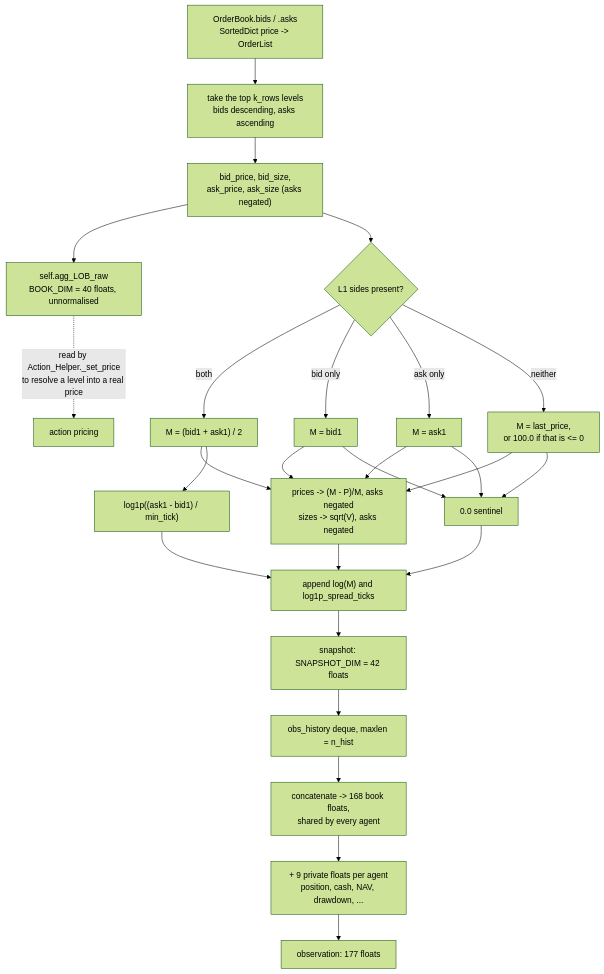
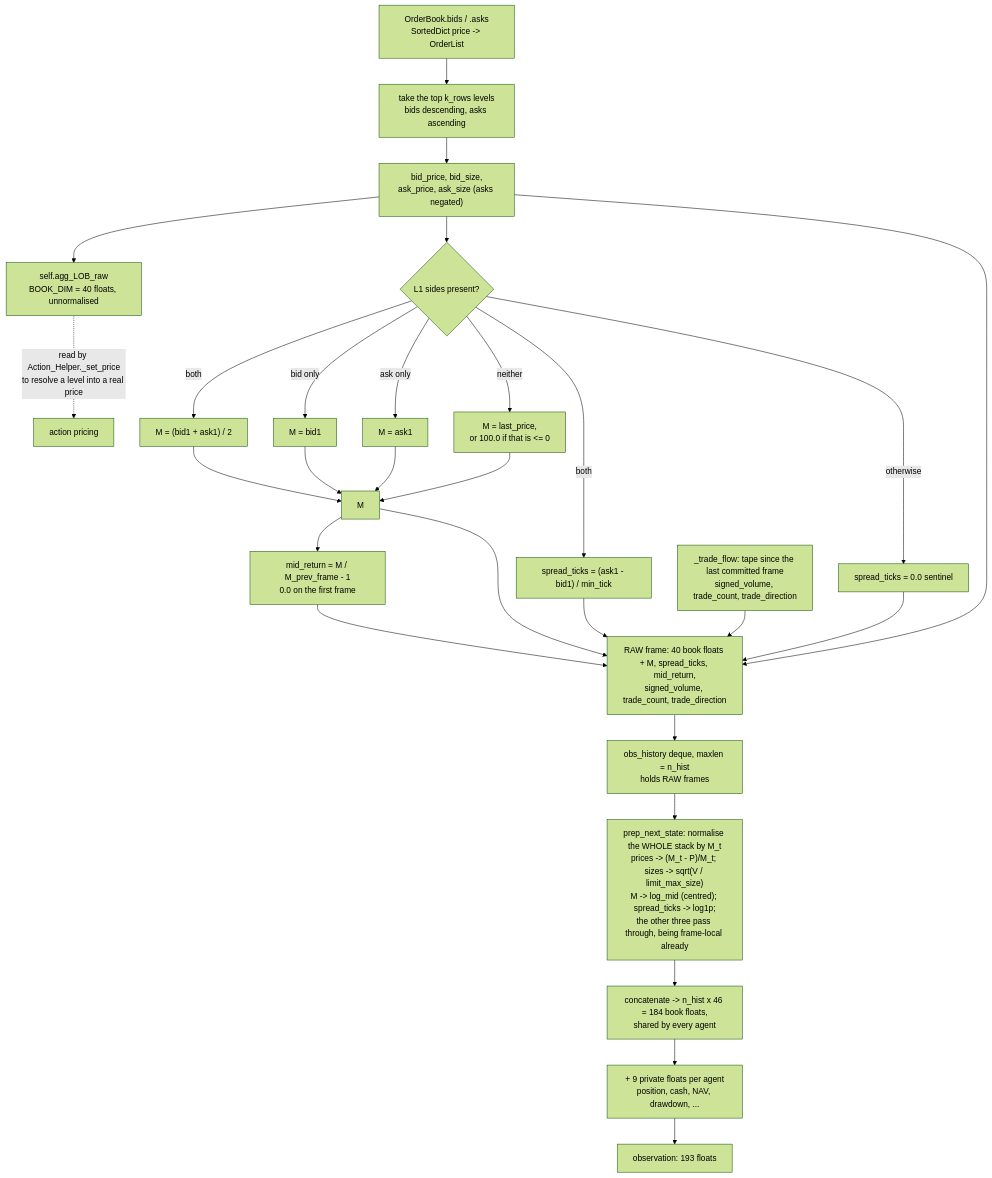
Before and after one commit to ChuaCheowHuan/gym-continuousDoubleAuction: the first of 2 diagrams in doc/05_observation_space.md, drawn with Mermaid (forest theme). The commit also changed other lines of this file and 23 other files, not shown here.

````diff
--- a/doc/05_observation_space.md
+++ b/doc/05_observation_space.md
@@ -101,30 +109,37 @@
 ```mermaid
 flowchart TD
     LOB["OrderBook.bids / .asks<br/>SortedDict price -> OrderList"] --> TOP["take the top k_rows levels<br/>bids descending, asks ascending"]
     TOP --> RAW["bid_price, bid_size,<br/>ask_price, ask_size (asks negated)"]
     RAW --> KEEP["self.agg_LOB_raw<br/>BOOK_DIM = 40 floats, unnormalised"]
     KEEP -.->|"read by Action_Helper._set_price<br/>to resolve a level into a real price"| ACT["action pricing"]
 
     RAW --> M{"L1 sides present?"}
     M -->|"both"| M1["M = (bid1 + ask1) / 2"]
     M -->|"bid only"| M2["M = bid1"]
     M -->|"ask only"| M3["M = ask1"]
     M -->|"neither"| M4["M = last_price,<br/>or 100.0 if that is <= 0"]
 
-    M1 --> NORM
-    M2 --> NORM
-    M3 --> NORM
-    M4 --> NORM
-    NORM["prices -> (M - P)/M, asks negated<br/>sizes -> sqrt(V), asks negated"] --> EXTRA
-    M1 --> SPREAD["log1p((ask1 - bid1) / min_tick)"]
-    M2 --> SENT["0.0 sentinel"]
-    M3 --> SENT
-    M4 --> SENT
-    SPREAD --> EXTRA
-    SENT --> EXTRA
-    EXTRA["append log(M) and log1p_spread_ticks"] --> SNAP["snapshot: SNAPSHOT_DIM = 42 floats"]
-    SNAP --> DEQ["obs_history deque, maxlen = n_hist"]
-    DEQ --> OBS["concatenate -> 168 book floats,<br/>shared by every agent"]
+    M1 --> MID["M"]
+    M2 --> MID
+    M3 --> MID
+    M4 --> MID
+
+    M -->|"both"| SPREAD["spread_ticks = (ask1 - bid1) / min_tick"]
+    M -->|"otherwise"| SENT["spread_ticks = 0.0 sentinel"]
+    MID --> MR["mid_return = M / M_prev_frame - 1<br/>0.0 on the first frame"]
+    TAPE["_trade_flow: tape since the last committed frame<br/>signed_volume, trade_count, trade_direction"]
+
+    RAW --> FRAME
+    MID --> FRAME
+    SPREAD --> FRAME
+    SENT --> FRAME
+    MR --> FRAME
+    TAPE --> FRAME
+    FRAME["RAW frame: 40 book floats + M, spread_ticks, mid_return,<br/>signed_volume, trade_count, trade_direction"]
+
+    FRAME --> DEQ["obs_history deque, maxlen = n_hist<br/>holds RAW frames"]
+    DEQ --> NORM["prep_next_state: normalise the WHOLE stack by M_t<br/>prices -> (M_t - P)/M_t; sizes -> sqrt(V / limit_max_size)<br/>M -> log_mid (centred); spread_ticks -> log1p;<br/>the other three pass through, being frame-local already"]
+    NORM --> OBS["concatenate -> n_hist x 46 = 184 book floats,<br/>shared by every agent"]
     OBS --> PRIV["+ 9 private floats per agent<br/>position, cash, NAV, drawdown, ..."]
-    PRIV --> FULL["observation: 177 floats"]
+    PRIV --> FULL["observation: 193 floats"]
 ```
````
